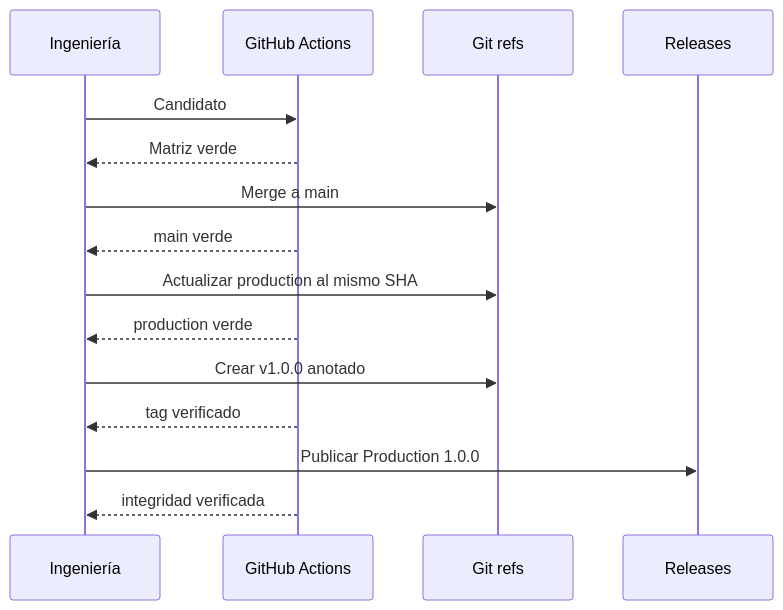
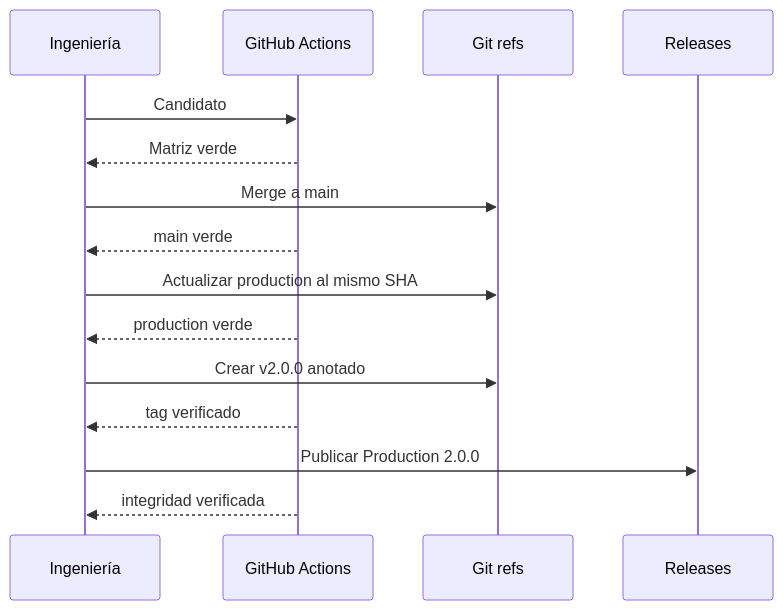
The second of 3 diagrams in docs/operaciones.md (SolguardLabs/CrownDTL), drawn with Mermaid before and after one commit. The commit also changed 11 other files, not shown here.

````diff
--- a/docs/operaciones.md
+++ b/docs/operaciones.md
@@ -29,17 +29,17 @@
 ```mermaid
 sequenceDiagram
     participant E as Ingeniería
     participant CI as GitHub Actions
     participant G as Git refs
     participant R as Releases
     E->>CI: Candidato
     CI-->>E: Matriz verde
     E->>G: Merge a main
     CI-->>E: main verde
     E->>G: Actualizar production al mismo SHA
     CI-->>E: production verde
-    E->>G: Crear v1.0.0 anotado
+    E->>G: Crear v2.0.0 anotado
     CI-->>E: tag verificado
-    E->>R: Publicar Production 1.0.0
+    E->>R: Publicar Production 2.0.0
     CI-->>E: integridad verificada
 ```
````
